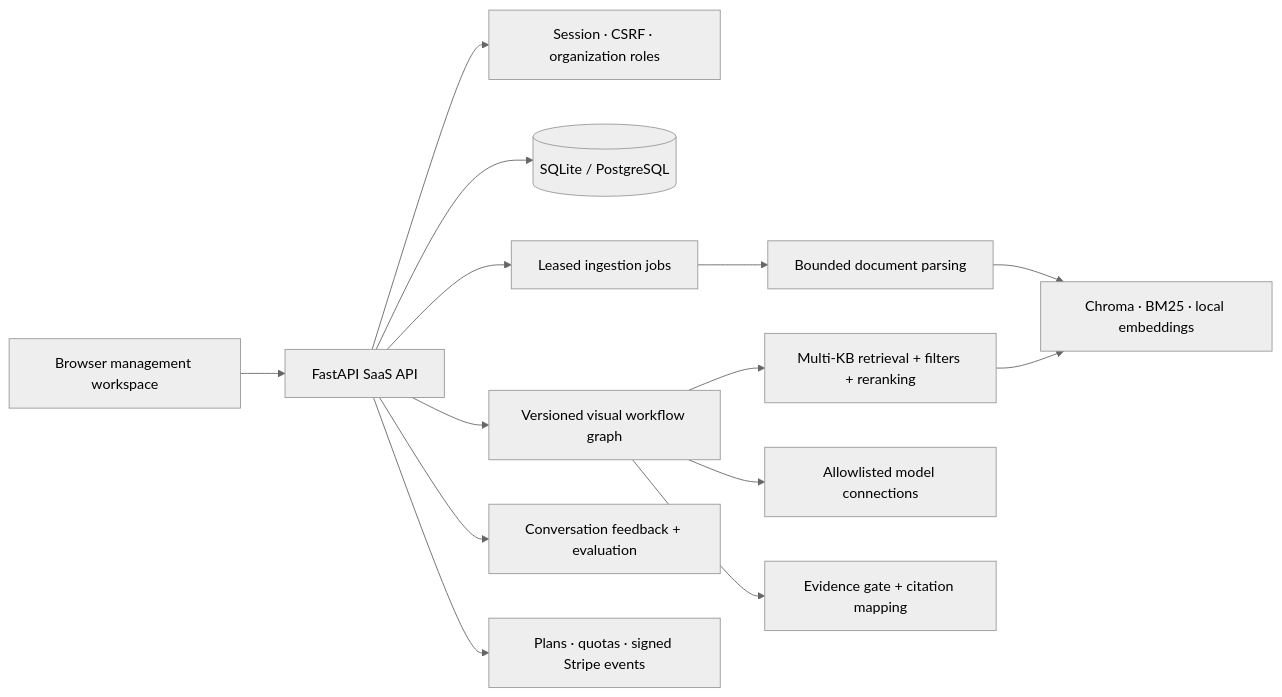
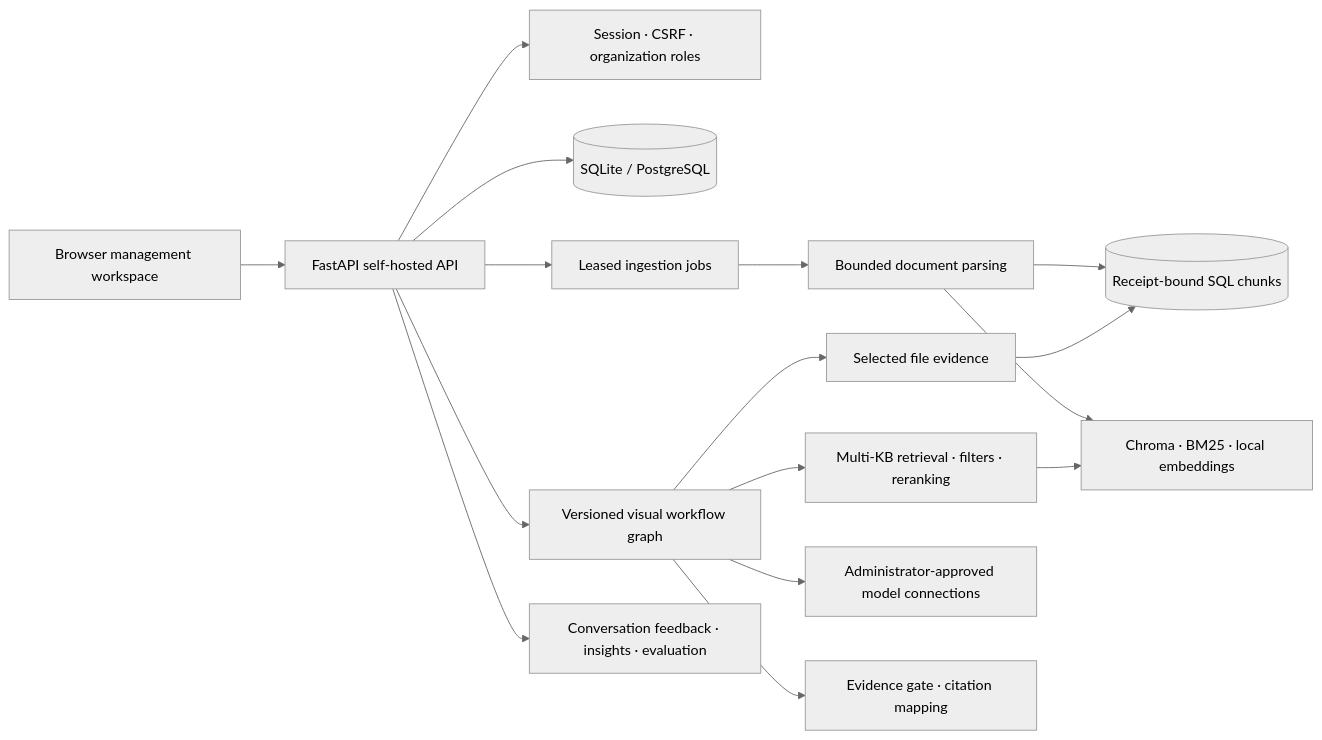
Before and after one commit to KaiserIIII/universal-knowledge-base: the diagram in docs/architecture.md, drawn with Mermaid (neutral theme). The commit also changed other lines of this file and 76 other files, not shown here.

````diff
--- a/docs/architecture.md
+++ b/docs/architecture.md
@@ -7,16 +7,18 @@
 ```mermaid
 flowchart LR
-    Browser[Browser management workspace] --> API[FastAPI SaaS API]
+    Browser[Browser management workspace] --> API[FastAPI self-hosted API]
     API --> Auth[Session · CSRF · organization roles]
     API --> SQL[(SQLite / PostgreSQL)]
     API --> Jobs[Leased ingestion jobs]
     Jobs --> Parse[Bounded document parsing]
+    Parse --> Chunks[(Receipt-bound SQL chunks)]
     Parse --> Index[Chroma · BM25 · local embeddings]
     API --> Graph[Versioned visual workflow graph]
-    Graph --> Retrieve[Multi-KB retrieval + filters + reranking]
+    Graph --> Files[Selected file evidence]
+    Files --> Chunks
+    Graph --> Retrieve[Multi-KB retrieval · filters · reranking]
     Retrieve --> Index
-    Graph --> Models[Allowlisted model connections]
-    Graph --> Evidence[Evidence gate + citation mapping]
-    API --> Ops[Conversation feedback + evaluation]
-    API --> Billing[Plans · quotas · signed Stripe events]
+    Graph --> Models[Administrator-approved model connections]
+    Graph --> Evidence[Evidence gate · citation mapping]
+    API --> Ops[Conversation feedback · insights · evaluation]
 ```
````
